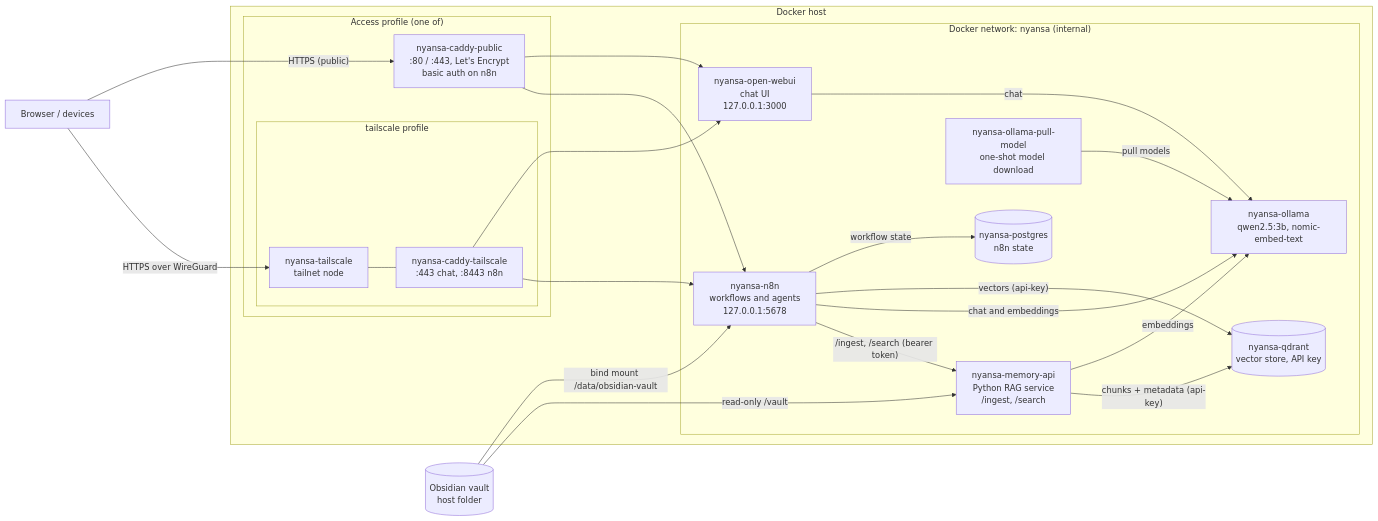
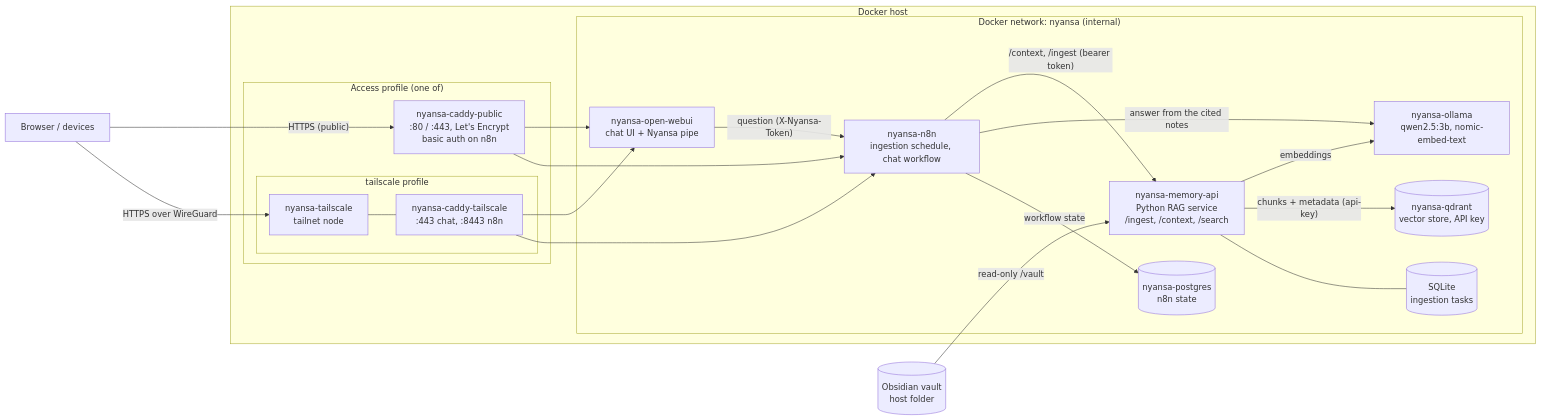
One commit to Geobatpo07/nyansa changed the first of 2 diagrams in README.md. Above: the diagram before and after it, drawn with Mermaid. The commit also changed other lines of this file and 2 other files, not shown here.

First line of the commit message:
docs: describe the chat with sources, the scheduled ingestion and their setup

````diff
--- a/README.md
+++ b/README.md
@@ -48,43 +46,41 @@
 ```mermaid
 flowchart LR
     browser["Browser / devices"]
     vault[("Obsidian vault<br/>host folder")]
 
     subgraph host["Docker host"]
         subgraph edge["Access profile (one of)"]
             caddyPub["nyansa-caddy-public<br/>:80 / :443, Let's Encrypt<br/>basic auth on n8n"]
             subgraph ts["tailscale profile"]
                 tailscale["nyansa-tailscale<br/>tailnet node"]
                 caddyTs["nyansa-caddy-tailscale<br/>:443 chat, :8443 n8n"]
             end
         end
 
         subgraph net["Docker network: nyansa (internal)"]
-            webui["nyansa-open-webui<br/>chat UI<br/>127.0.0.1:3000"]
-            n8n["nyansa-n8n<br/>workflows and agents<br/>127.0.0.1:5678"]
+            webui["nyansa-open-webui<br/>chat UI + Nyansa pipe"]
+            n8n["nyansa-n8n<br/>ingestion schedule, chat workflow"]
             pg[("nyansa-postgres<br/>n8n state")]
             qdrant[("nyansa-qdrant<br/>vector store, API key")]
             ollama["nyansa-ollama<br/>qwen2.5:3b, nomic-embed-text"]
-            pull["nyansa-ollama-pull-model<br/>one-shot model download"]
-            memory["nyansa-memory-api<br/>Python RAG service<br/>/ingest, /search"]
+            memory["nyansa-memory-api<br/>Python RAG service<br/>/ingest, /context, /search"]
+            state[("SQLite<br/>ingestion tasks")]
         end
     end
 
     browser -- "HTTPS (public)" --> caddyPub
     browser -- "HTTPS over WireGuard" --> tailscale
     tailscale --- caddyTs
     caddyPub --> webui
     caddyPub --> n8n
     caddyTs --> webui
     caddyTs --> n8n
-    vault -- "bind mount /data/obsidian-vault" --> n8n
+    webui -- "question (X-Nyansa-Token)" --> n8n
+    n8n -- "/context, /ingest (bearer token)" --> memory
+    n8n -- "answer from the cited notes" --> ollama
     n8n -- "workflow state" --> pg
-    n8n -- "vectors (api-key)" --> qdrant
-    n8n -- "chat and embeddings" --> ollama
-    webui -- "chat" --> ollama
-    pull -- "pull models" --> ollama
     vault -- "read-only /vault" --> memory
-    n8n -- "/ingest, /search (bearer token)" --> memory
     memory -- "embeddings" --> ollama
     memory -- "chunks + metadata (api-key)" --> qdrant
+    memory --- state
 ```
````
